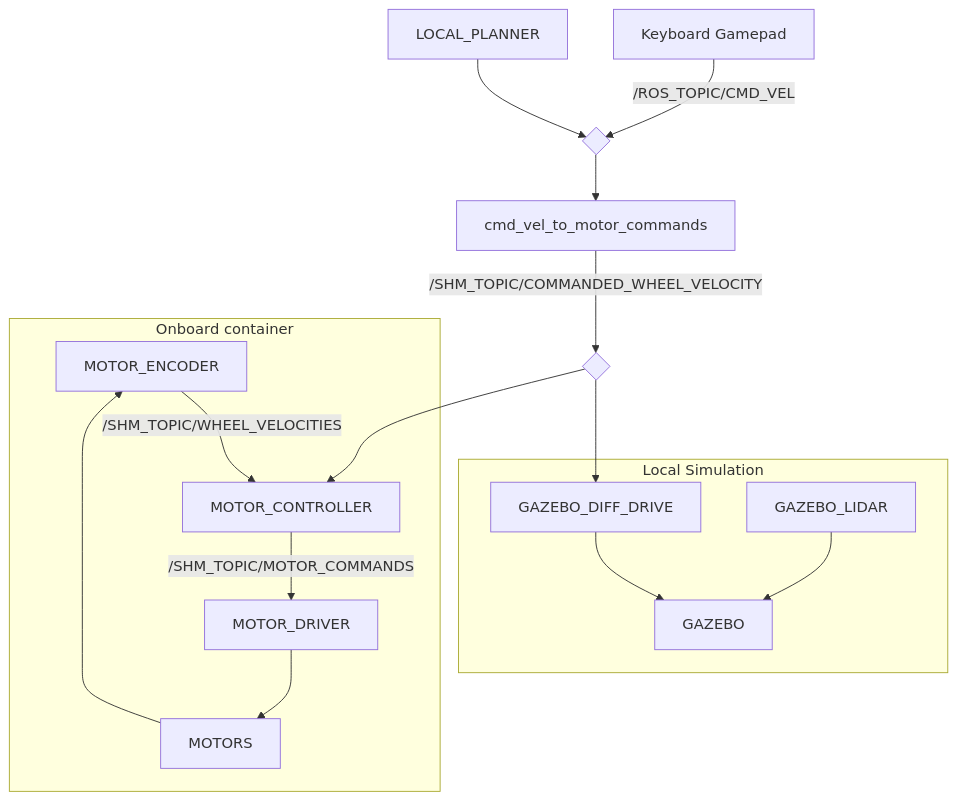
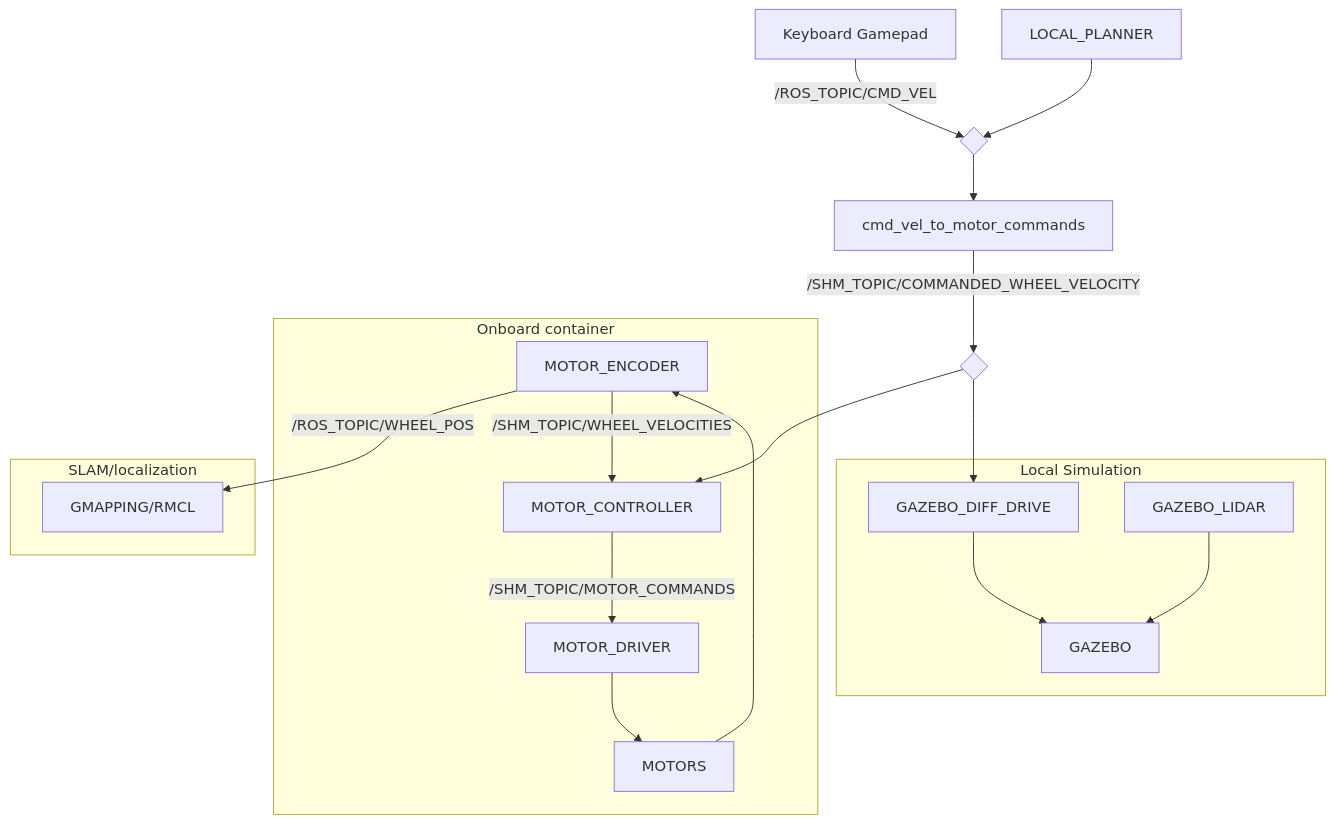
The diagram in src/dream_mobile_platform/README.md (RicoJia/The-Dream-Robot), drawn with Mermaid before and after one commit. The commit also changed other lines of this file and 5 other files, not shown here.

````diff
--- a/src/dream_mobile_platform/README.md
+++ b/src/dream_mobile_platform/README.md
@@ -40,25 +41,31 @@
 ```mermaid
 graph TB
     subgraph "Onboard container"
         D
         B
         A
         C
     end
 
     subgraph "Local Simulation"
         GAZEBO
         GAZEBO_DIFF_DRIVE
         GAZEBO_LIDAR
     end
 
+    subgraph "SLAM/localization"
+        GMAPPING/RMCL
+    end
+
+D["MOTOR_ENCODER"] -->|/ROS_TOPIC/WHEEL_POS| GMAPPING/RMCL
+
 A["MOTOR_CONTROLLER"] -->|/SHM_TOPIC/MOTOR_COMMANDS| B["MOTOR_DRIVER"] --> C["MOTORS"] --> D["MOTOR_ENCODER"] --> |/SHM_TOPIC/WHEEL_VELOCITIES|A
 
 F["Keyboard Gamepad"] -->|/ROS_TOPIC/CMD_VEL|CONNECTOR_CMD_VEL_NODE{ } --> G["cmd_vel_to_motor_commands"] -->|/SHM_TOPIC/COMMANDED_WHEEL_VELOCITY| CONNECTOR_WHEEL_VEL_NODE{ }
 
 CONNECTOR_WHEEL_VEL_NODE --> A
 CONNECTOR_WHEEL_VEL_NODE--> GAZEBO_DIFF_DRIVE --> GAZEBO
 GAZEBO_LIDAR --> GAZEBO
 
 H["LOCAL_PLANNER"] -->CONNECTOR_CMD_VEL_NODE
 ```
````
